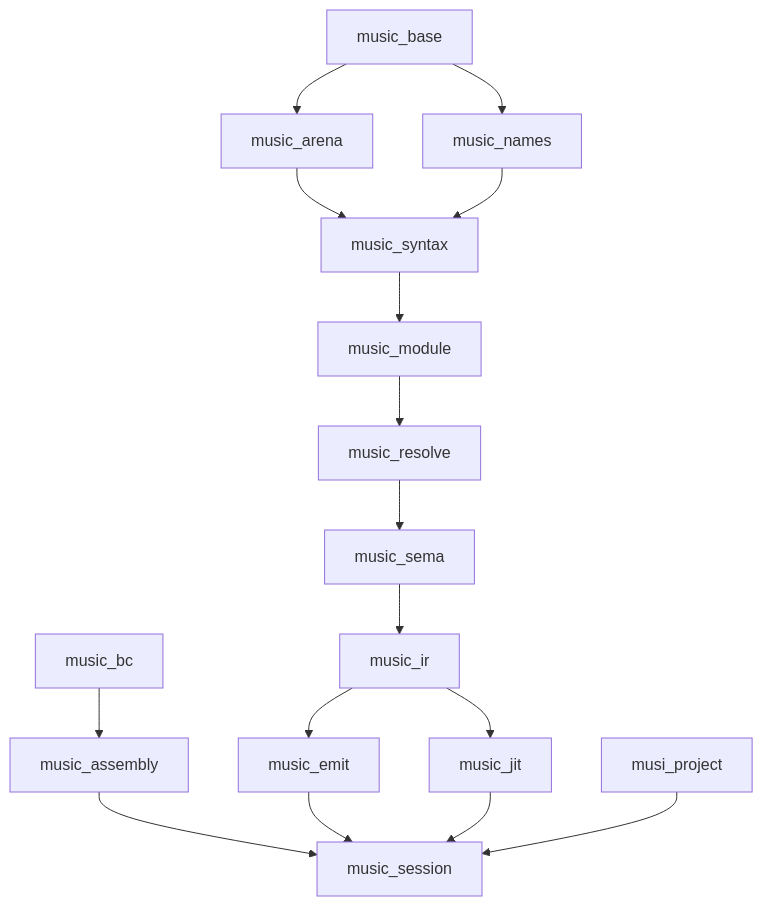
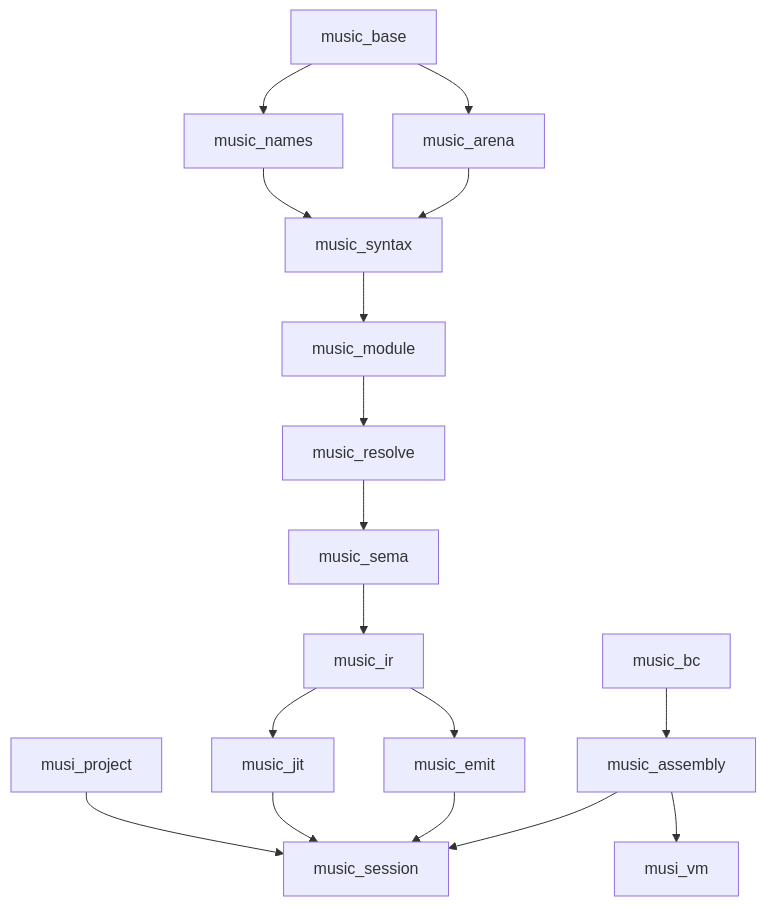
Before and after one commit to musi-lang/musi: the diagram in docs/09-architecture.md, drawn with Mermaid. The commit also changed other lines of this file and 40 other files, not shown here.

````diff
--- a/docs/09-architecture.md
+++ b/docs/09-architecture.md
@@ -63,26 +65,28 @@
 ```mermaid
 graph TD
   base[music_base]
   arena[music_arena]
   names[music_names]
   syntax[music_syntax]
   module[music_module]
   resolve[music_resolve]
   sema[music_sema]
   ir[music_ir]
   bc[music_bc]
   assembly[music_assembly]
   emit[music_emit]
+  vm[musi_vm]
   jit[music_jit]
   session[music_session]
   project[musi_project]
 
   base --> arena
   base --> names
   arena --> syntax
   names --> syntax --> module --> resolve --> sema --> ir
   bc --> assembly --> session
   ir --> emit --> session
   ir --> jit --> session
+  assembly --> vm
   project --> session
 ```
````
